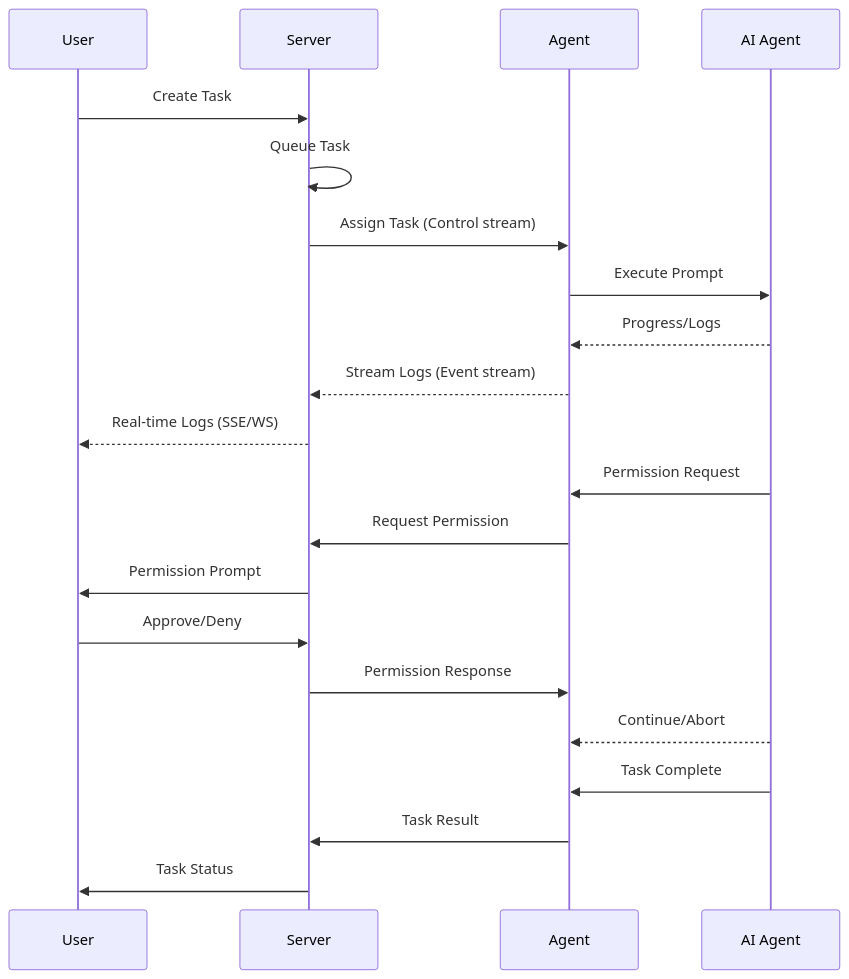
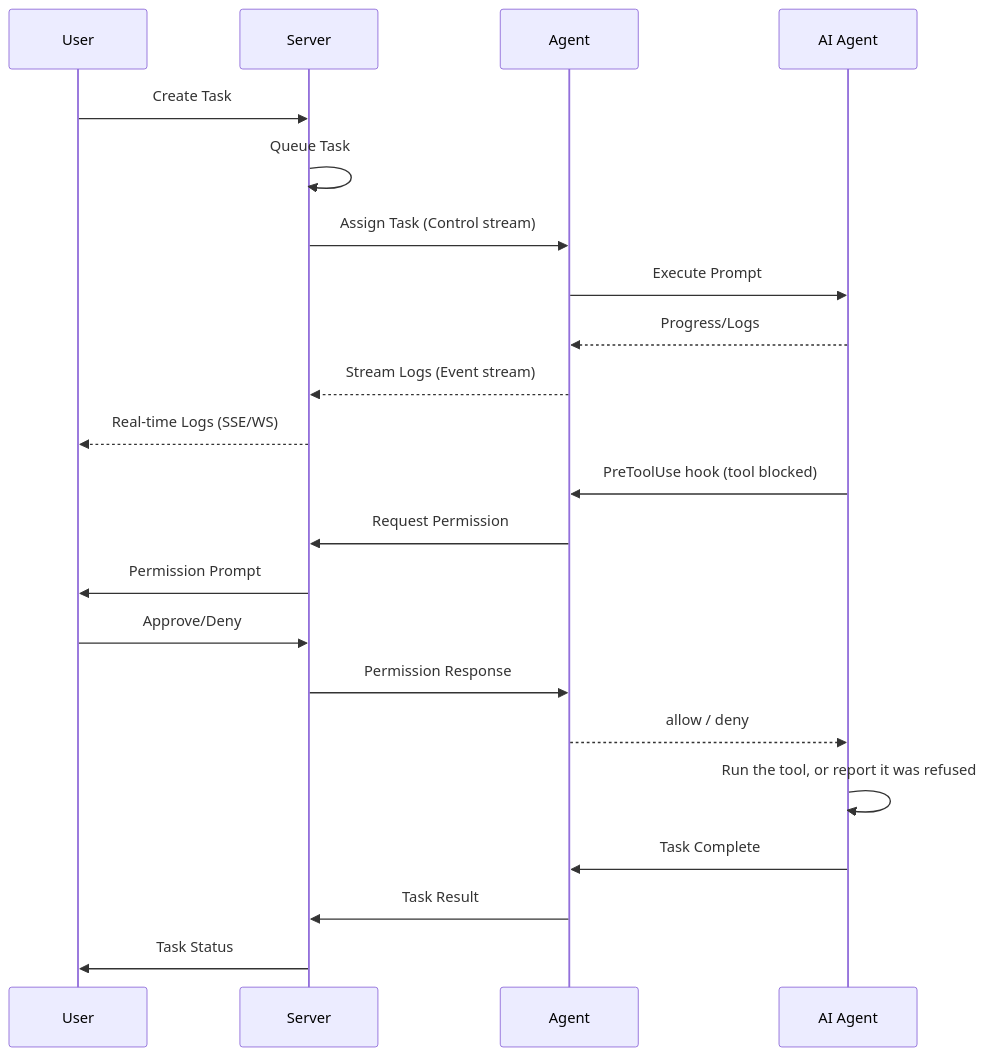
The third of 4 diagrams in docs/concepts/architecture.md (chunlea/marionette), drawn with Mermaid before and after one commit. The commit also changed other lines of this file and 145 other files, not shown here.

````diff
--- a/docs/concepts/architecture.md
+++ b/docs/concepts/architecture.md
@@ -174,24 +174,25 @@
 ```mermaid
 sequenceDiagram
     participant User
     participant Server
     participant Agent
     participant AI as AI Agent
 
     User->>Server: Create Task
     Server->>Server: Queue Task
     Server->>Agent: Assign Task (Control stream)
     Agent->>AI: Execute Prompt
     AI-->>Agent: Progress/Logs
     Agent-->>Server: Stream Logs (Event stream)
     Server-->>User: Real-time Logs (SSE/WS)
-    AI->>Agent: Permission Request
+    AI->>Agent: PreToolUse hook (tool blocked)
     Agent->>Server: Request Permission
     Server->>User: Permission Prompt
     User->>Server: Approve/Deny
     Server->>Agent: Permission Response
-    AI-->>Agent: Continue/Abort
+    Agent-->>AI: allow / deny
+    AI->>AI: Run the tool, or report it was refused
     AI->>Agent: Task Complete
     Agent->>Server: Task Result
     Server->>User: Task Status
 ```
````
